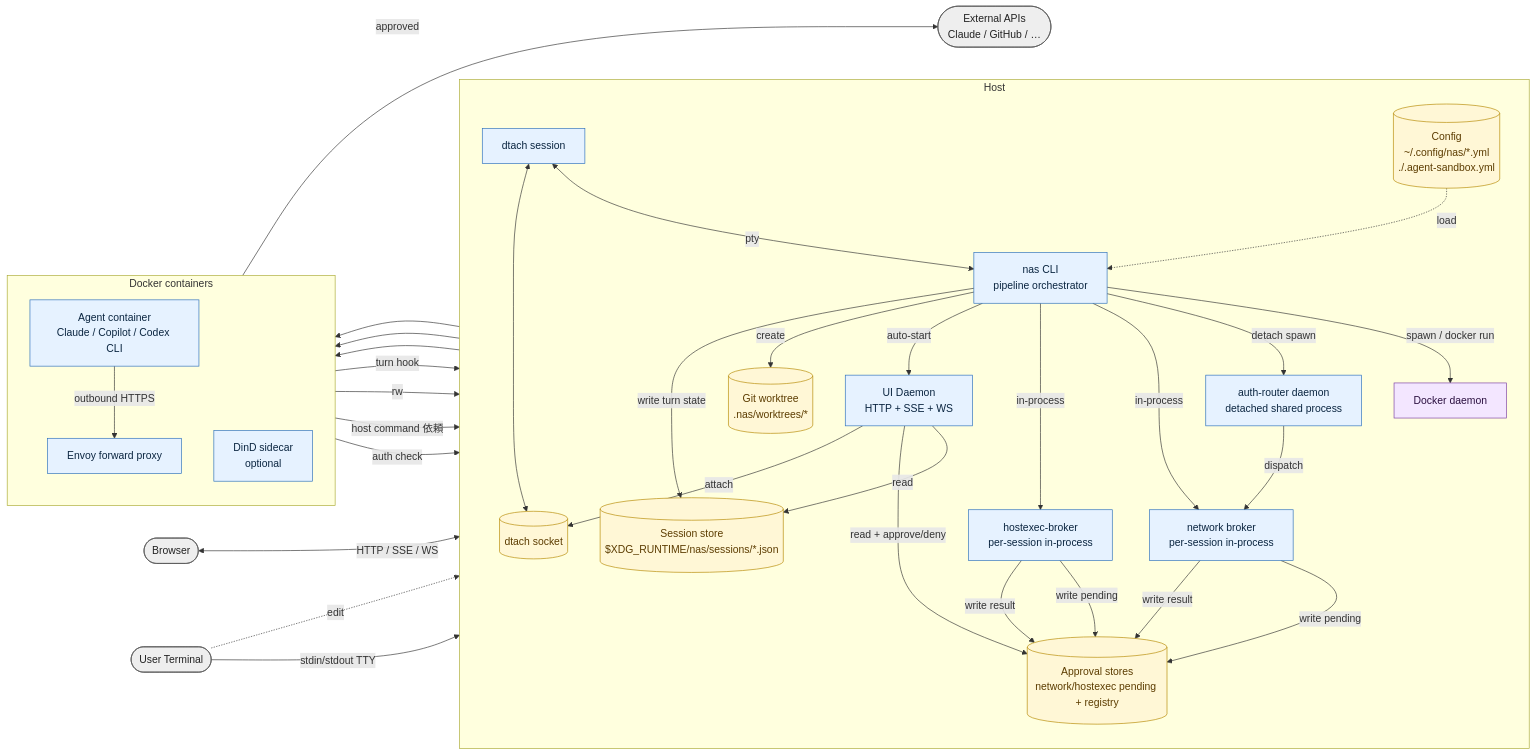
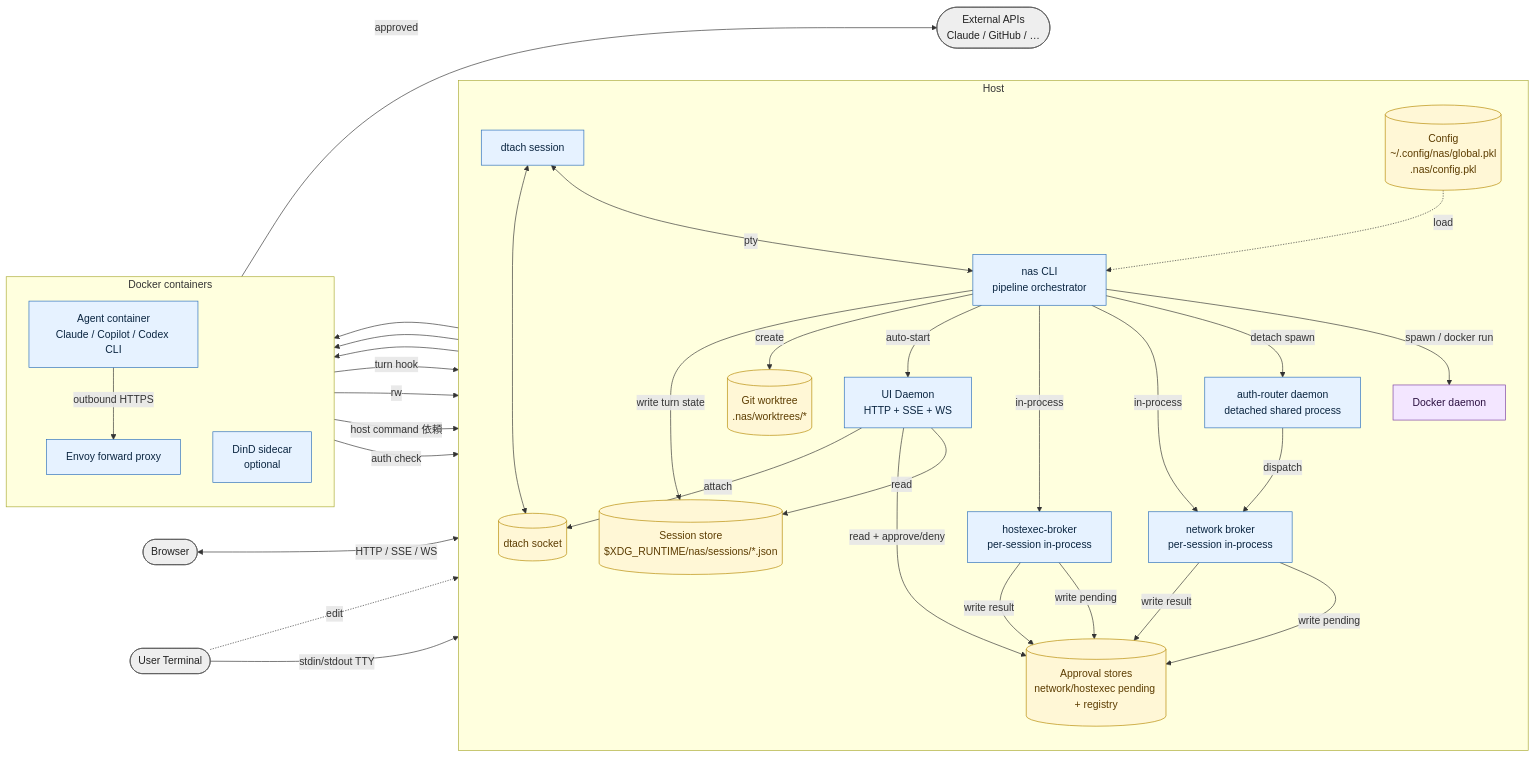
The diagram in docs/architecture/data-flow.md (Hogeyama/nix-agent-sandbox), drawn with Mermaid before and after one commit. The commit also changed other lines of this file, not shown here.

Commit message:
docs(architecture): update config format from YAML to Pkl in data-flow
Config has migrated from .agent-sandbox.yml / ~/.config/nas/*.yml to
.nas/config.pkl / ~/.config/nas/global.pkl — update the Mermaid diagram
and data-store table to reflect the current state.

````diff
--- a/docs/architecture/data-flow.md
+++ b/docs/architecture/data-flow.md
@@ -11,79 +11,79 @@
 ```mermaid
 flowchart LR
   %% ===== アクター =====
   User([User Terminal]):::actor
   Browser([Browser]):::actor
 
   %% ===== ホスト側プロセス =====
   subgraph Host["Host"]
     direction TB
     CLI[nas CLI<br/>pipeline orchestrator]:::proc
     Dtach[dtach session]:::proc
     UI[UI Daemon<br/>HTTP + SSE + WS]:::proc
     AuthRouter[auth-router daemon<br/>detached shared process]:::proc
     NetBroker[network broker<br/>per-session in-process]:::proc
     HeBroker[hostexec-broker<br/>per-session in-process]:::proc
     Dockerd[Docker daemon]:::ext
 
-    Cfg[("Config<br/>~/.config/nas/*.yml<br/>./.agent-sandbox.yml")]:::store
+    Cfg[("Config<br/>~/.config/nas/global.pkl<br/>.nas/config.pkl")]:::store
     Sess[("Session store<br/>$XDG_RUNTIME/nas/sessions/*.json")]:::store
     Approvals[("Approval stores<br/>network/hostexec pending + registry")]:::store
     DtachSock[("dtach socket")]:::store
     Worktree[("Git worktree<br/>.nas/worktrees/*")]:::store
   end
 
   %% ===== コンテナ側プロセス =====
   subgraph Containers["Docker containers"]
     direction TB
     Agent[Agent container<br/>Claude / Copilot / Codex CLI]:::proc
     Envoy[Envoy forward proxy]:::proc
     Dind[DinD sidecar<br/>optional]:::proc
   end
 
   Ext([External APIs<br/>Claude / GitHub / …]):::actor
 
   %% ===== User / CLI =====
   User -->|stdin/stdout TTY| Dtach
   Dtach <-->|pty| CLI
   Dtach <--> DtachSock
   User -.->|edit| Cfg
   Cfg -.->|load| CLI
 
   %% ===== CLI が立ち上げるもの =====
   CLI -->|spawn / docker run| Dockerd
   Dockerd --> Agent
   Dockerd --> Envoy
   Dockerd --> Dind
   CLI -->|detach spawn| AuthRouter
   CLI -->|in-process| NetBroker
   CLI -->|in-process| HeBroker
   CLI -->|auto-start| UI
   CLI -->|create| Worktree
   CLI -->|write turn state| Sess
 
   %% ===== Agent ランタイム =====
   Agent -->|outbound HTTPS| Envoy
   Envoy -->|auth check| AuthRouter
   AuthRouter -->|dispatch| NetBroker
   NetBroker -->|write pending| Approvals
   NetBroker -->|write result| Approvals
   Envoy -->|approved| Ext
   Agent -->|host command 依頼| HeBroker
   HeBroker -->|write pending| Approvals
   HeBroker -->|write result| Approvals
   Agent -->|rw| Worktree
 
   %% ===== UI / Browser =====
   Browser <-->|HTTP / SSE / WS| UI
   UI -->|read| Sess
   UI -->|read + approve/deny| Approvals
   UI -->|attach| DtachSock
 
   %% ===== hook 類 =====
   Agent -->|turn hook| Sess
 
   classDef proc fill:#e6f2ff,stroke:#2a6ebb,color:#0a2540
   classDef store fill:#fff7d6,stroke:#b58900,color:#5c3c00
   classDef actor fill:#eee,stroke:#555,color:#222
   classDef ext fill:#f3e6ff,stroke:#7a3ea1,color:#2b1040
 ```
````
